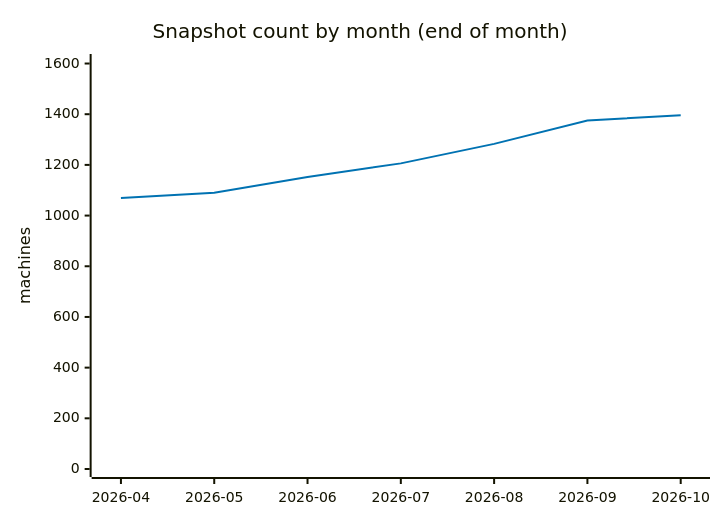
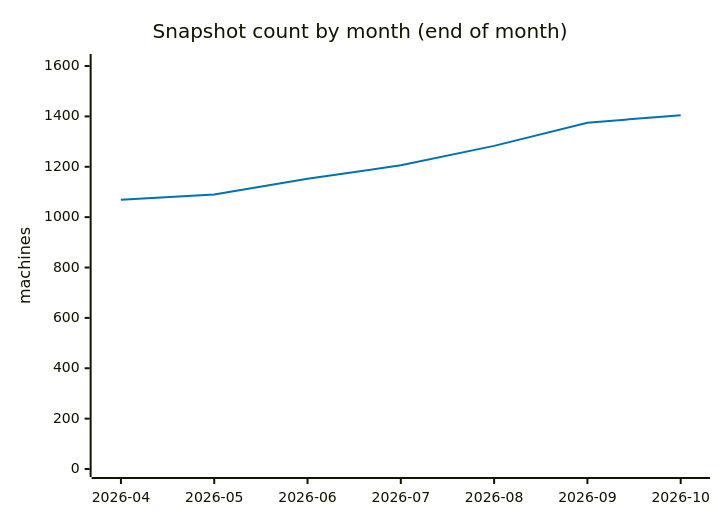
The fourth of 5 diagrams in ANALYSIS.md (cheeaun/returnright-data), drawn with Mermaid before and after one commit. The commit also changed other lines of this file and 4 other files, not shown here.

````diff
--- a/ANALYSIS.md
+++ b/ANALYSIS.md
@@ -249,13 +249,13 @@
 ```mermaid
 ---
 config:
   themeVariables:
     xyChart:
       plotColorPalette: "#0072B2"
 ---
 xychart-beta
     title "Snapshot count by month (end of month)"
     x-axis ["2026-04", "2026-05", "2026-06", "2026-07", "2026-08", "2026-09", "2026-10"]
-    y-axis "machines" 0 --> 1606
-    line [1069, 1090, 1152, 1206, 1283, 1375, 1396]
+    y-axis "machines" 0 --> 1616
+    line [1069, 1090, 1152, 1206, 1283, 1375, 1405]
 ```
````
